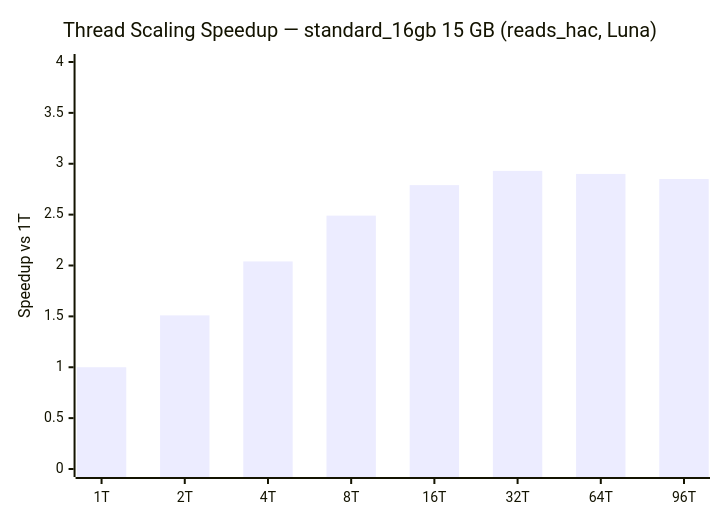
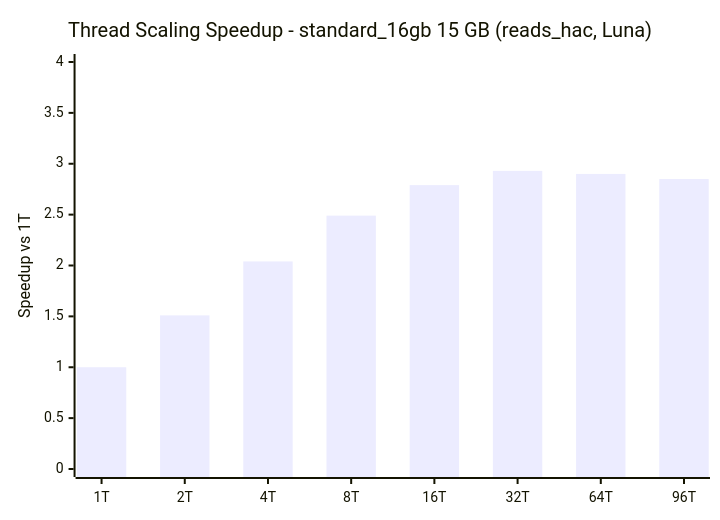
Before and after one commit to KathpaliaChirag/Nanopore-project: diagram 19 of 26 in README.md, drawn with Mermaid. The commit also changed other lines of this file and 4 other files, not shown here.

````diff
--- a/README.md
+++ b/README.md
@@ -716,7 +751,7 @@
 ```mermaid
 xychart-beta
-    title "Thread Scaling Speedup — standard_16gb 15 GB (reads_hac, Luna)"
+    title "Thread Scaling Speedup - standard_16gb 15 GB (reads_hac, Luna)"
     x-axis ["1T", "2T", "4T", "8T", "16T", "32T", "64T", "96T"]
     y-axis "Speedup vs 1T" 0 --> 4
     bar [1.0, 1.51, 2.04, 2.49, 2.79, 2.93, 2.90, 2.85]
 ```
````
